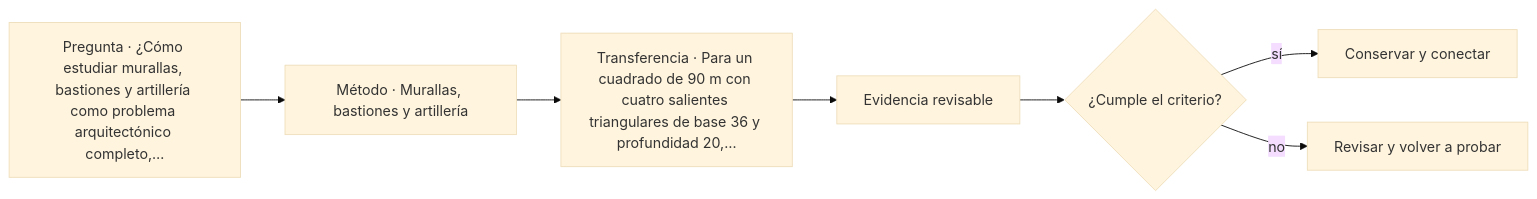
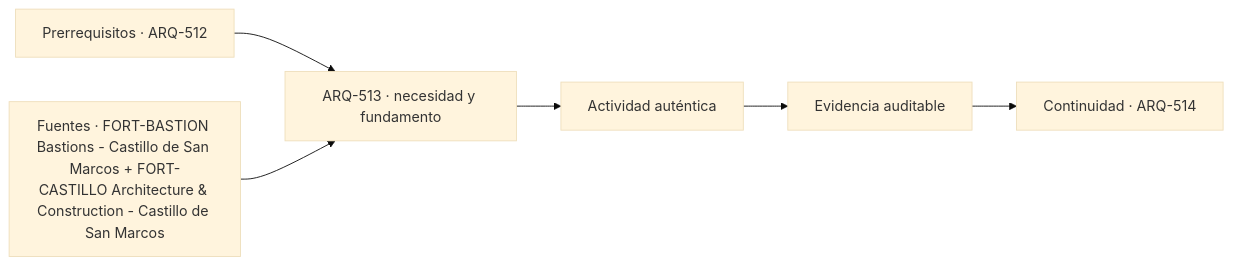
Before and after one commit to vladimiracunadev-create/architecture-built-environment-learning-program: the diagram in classes/parte-52/ARQ-513.md, drawn with Mermaid (base theme). The commit also changed other lines of this file and 761 other files, not shown here.

````diff
--- a/classes/parte-52/ARQ-513.md
+++ b/classes/parte-52/ARQ-513.md
@@ -81,9 +93,8 @@
 ```mermaid
 flowchart LR
-    Q["Pregunta · ¿Cómo estudiar murallas, bastiones y artillería como problema arquitectónico completo,…"] --> M["Método · Murallas, bastiones y artillería"]
-    M --> P["Transferencia · Para un cuadrado de 90 m con cuatro salientes triangulares de base 36 y profundidad 20,…"]
-    P --> E["Evidencia revisable"]
-    E --> C{"¿Cumple el criterio?"}
-    C -->|sí| T["Conservar y conectar"]
-    C -->|no| R["Revisar y volver a probar"]
+    A["Prerrequisitos · ARQ-512"] --> B["ARQ-513 · necesidad y fundamento"]
+    S["Fuentes · FORT-BASTION Bastions - Castillo de San Marcos + FORT-CASTILLO Architecture & Construction - Castillo de San Marcos"] --> B
+    B --> C["Actividad auténtica"]
+    C --> D["Evidencia auditable"]
+    D --> E["Continuidad · ARQ-514"]
 ```
````
